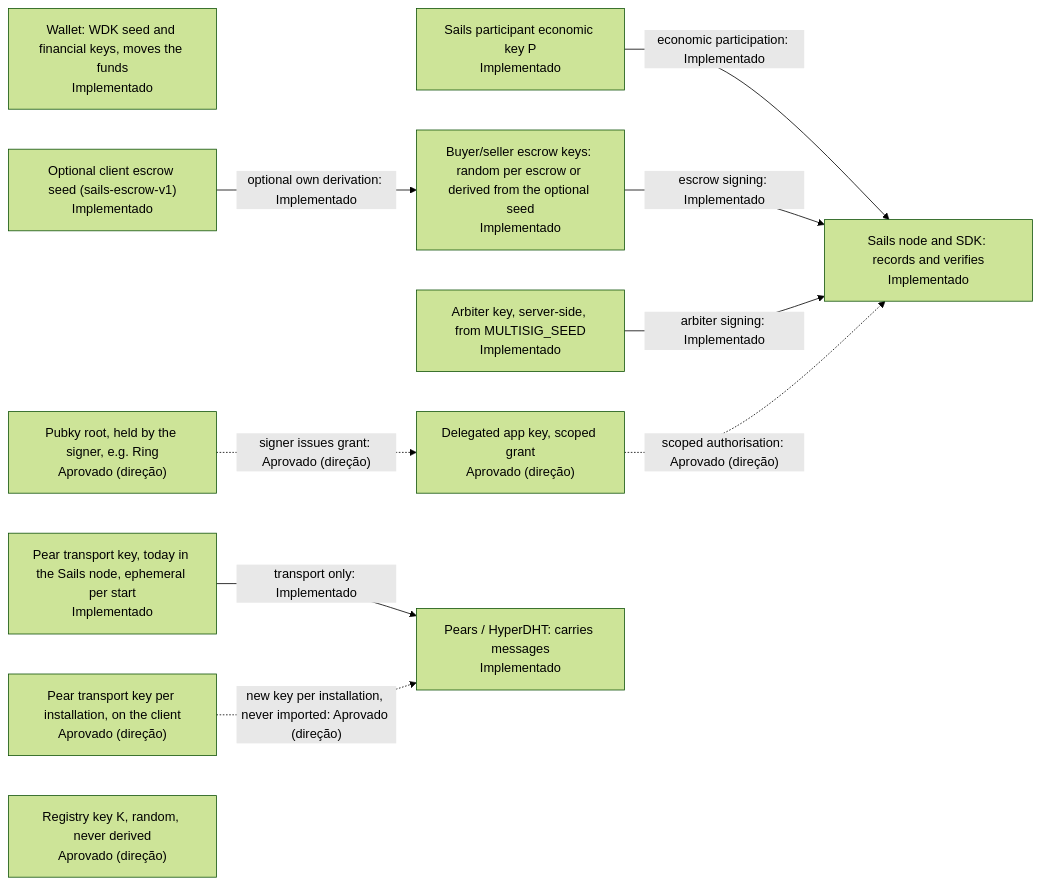
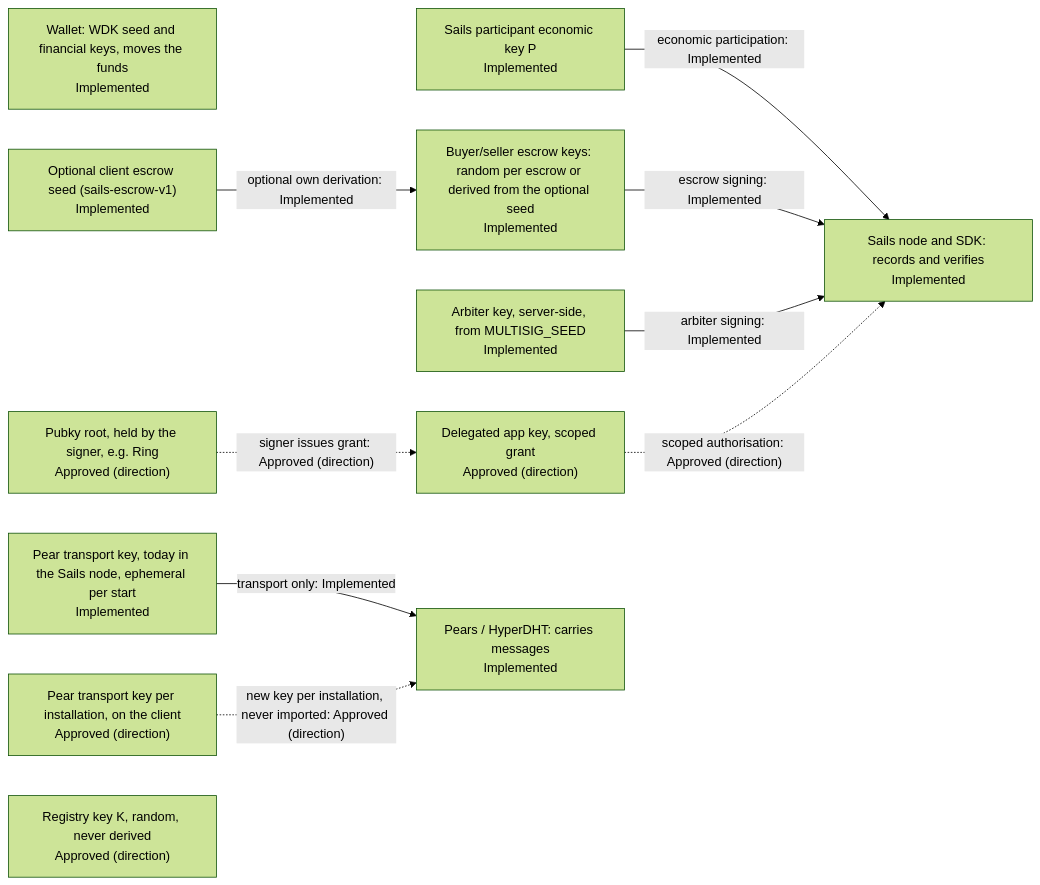
Before and after one commit to sails-protocol/Sails-Protocol: the third of 6 diagrams in docs/SYSTEM_DESIGN.md, drawn with Mermaid (forest theme). The commit also changed other lines of this file and 2 other files, not shown here.

````diff
--- a/docs/SYSTEM_DESIGN.md
+++ b/docs/SYSTEM_DESIGN.md
@@ -643,23 +645,23 @@
 ```mermaid
 flowchart LR
-  WDK["Wallet: WDK seed and financial keys, moves the funds<br/>Implementado"]
-  P["Sails participant economic key P<br/>Implementado"]
-  ES["Optional client escrow seed (sails-escrow-v1)<br/>Implementado"]
-  EK["Buyer/seller escrow keys: random per escrow or derived from the optional seed<br/>Implementado"]
-  AK["Arbiter key, server-side, from MULTISIG_SEED<br/>Implementado"]
-  PR["Pubky root, held by the signer, e.g. Ring<br/>Aprovado (direção)"]
-  DK["Delegated app key, scoped grant<br/>Aprovado (direção)"]
-  PK["Pear transport key, today in the Sails node, ephemeral per start<br/>Implementado"]
-  PKI["Pear transport key per installation, on the client<br/>Aprovado (direção)"]
-  K["Registry key K, random, never derived<br/>Aprovado (direção)"]
-  N["Sails node and SDK: records and verifies<br/>Implementado"]
-  PEER["Pears / HyperDHT: carries messages<br/>Implementado"]
-  ES -->|"optional own derivation: Implementado"| EK
-  P -->|"economic participation: Implementado"| N
-  EK -->|"escrow signing: Implementado"| N
-  AK -->|"arbiter signing: Implementado"| N
-  PK -->|"transport only: Implementado"| PEER
-  PKI -.->|"new key per installation, never imported: Aprovado (direção)"| PEER
-  PR -.->|"signer issues grant: Aprovado (direção)"| DK
-  DK -.->|"scoped authorisation: Aprovado (direção)"| N
+  WDK["Wallet: WDK seed and financial keys, moves the funds<br/>Implemented"]
+  P["Sails participant economic key P<br/>Implemented"]
+  ES["Optional client escrow seed (sails-escrow-v1)<br/>Implemented"]
+  EK["Buyer/seller escrow keys: random per escrow or derived from the optional seed<br/>Implemented"]
+  AK["Arbiter key, server-side, from MULTISIG_SEED<br/>Implemented"]
+  PR["Pubky root, held by the signer, e.g. Ring<br/>Approved (direction)"]
+  DK["Delegated app key, scoped grant<br/>Approved (direction)"]
+  PK["Pear transport key, today in the Sails node, ephemeral per start<br/>Implemented"]
+  PKI["Pear transport key per installation, on the client<br/>Approved (direction)"]
+  K["Registry key K, random, never derived<br/>Approved (direction)"]
+  N["Sails node and SDK: records and verifies<br/>Implemented"]
+  PEER["Pears / HyperDHT: carries messages<br/>Implemented"]
+  ES -->|"optional own derivation: Implemented"| EK
+  P -->|"economic participation: Implemented"| N
+  EK -->|"escrow signing: Implemented"| N
+  AK -->|"arbiter signing: Implemented"| N
+  PK -->|"transport only: Implemented"| PEER
+  PKI -.->|"new key per installation, never imported: Approved (direction)"| PEER
+  PR -.->|"signer issues grant: Approved (direction)"| DK
+  DK -.->|"scoped authorisation: Approved (direction)"| N
 ```
````
